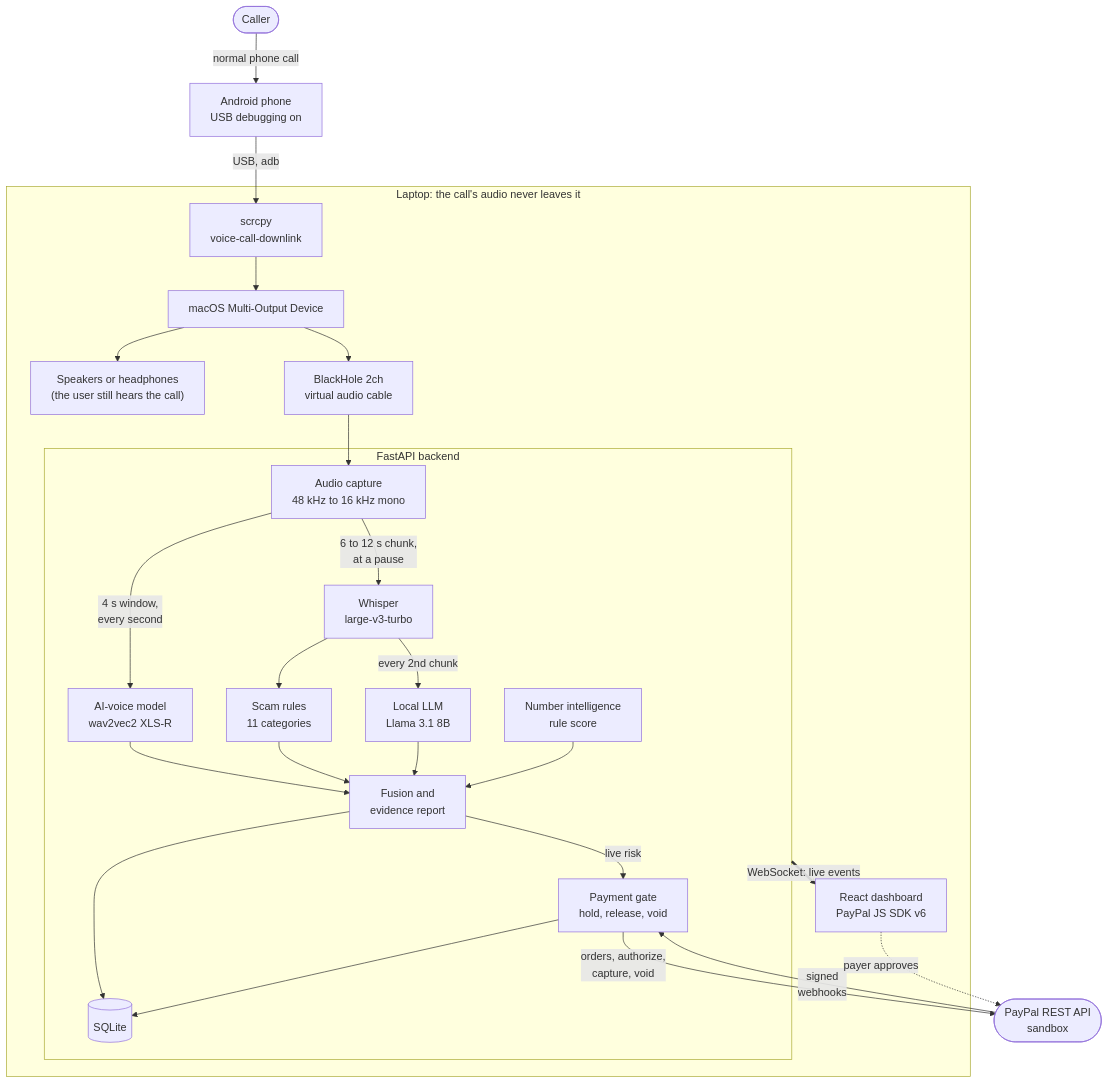
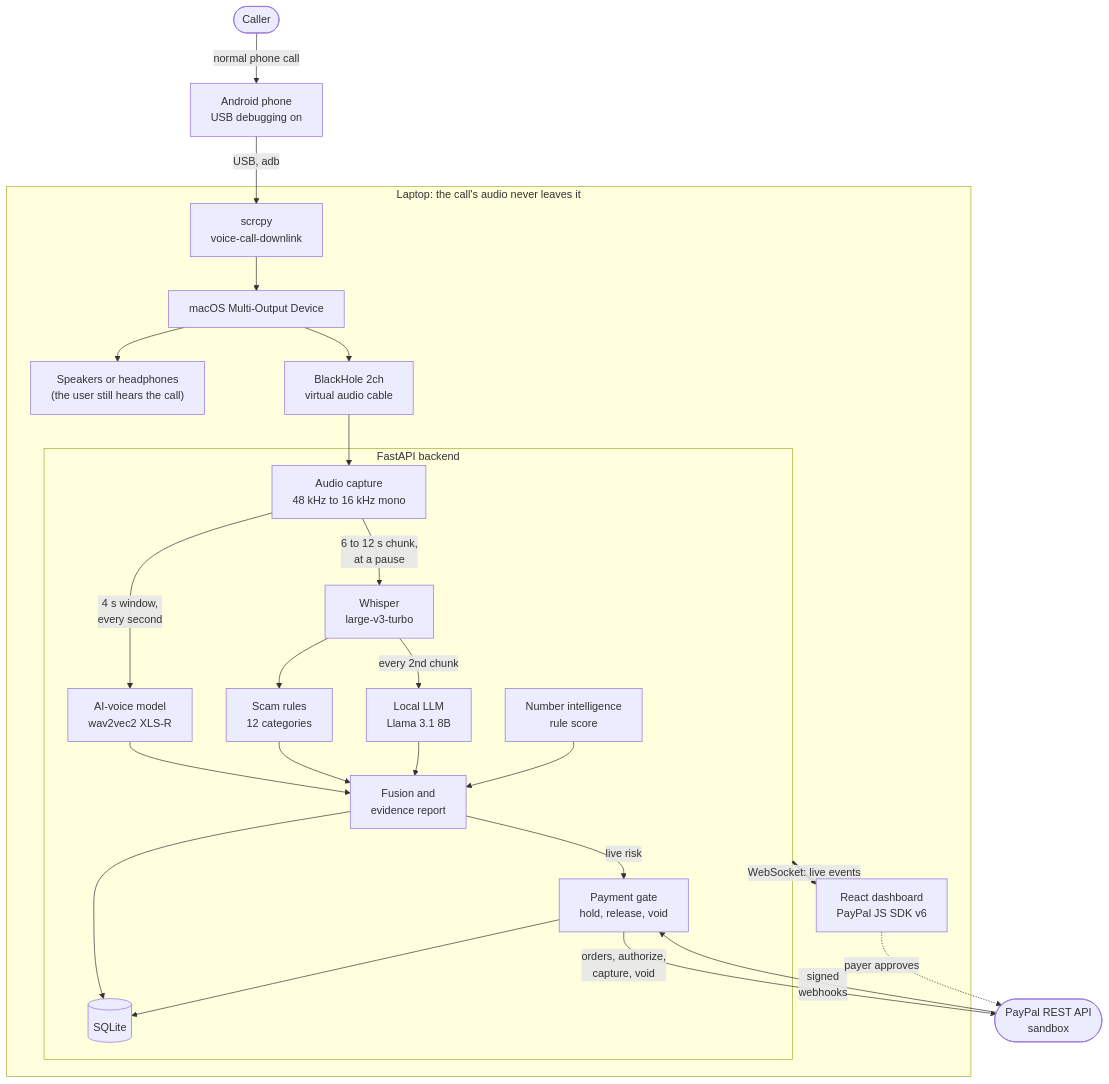
One commit to YADUNANDAN-SINGH/Veracity changed the third of 11 diagrams in README.md. Above: the diagram before and after it, drawn with Mermaid. The commit also changed other lines of this file and 10 other files, not shown here.

````diff
--- a/README.md
+++ b/README.md
@@ -197,34 +197,34 @@
 ```mermaid
 flowchart TB
     CALLER(["Caller"]) -- "normal phone call" --> PHONE["Android phone<br/>USB debugging on"]
     PHONE -- "USB, adb" --> SCRCPY["scrcpy<br/>voice-call-downlink"]
 
     subgraph LAPTOP["Laptop: the call's audio never leaves it"]
         SCRCPY --> MOD["macOS Multi-Output Device"]
         MOD --> SPK["Speakers or headphones<br/>(the user still hears the call)"]
         MOD --> BH["BlackHole 2ch<br/>virtual audio cable"]
 
         subgraph BACKEND["FastAPI backend"]
             CAP["Audio capture<br/>48 kHz to 16 kHz mono"]
             CAP -- "4 s window,<br/>every second" --> VOICE["AI-voice model<br/>wav2vec2 XLS-R"]
             CAP -- "6 to 12 s chunk,<br/>at a pause" --> STT["Whisper<br/>large-v3-turbo"]
-            STT --> RULES["Scam rules<br/>11 categories"]
+            STT --> RULES["Scam rules<br/>12 categories"]
             STT -- "every 2nd chunk" --> LLM["Local LLM<br/>Llama 3.1 8B"]
             NUM["Number intelligence<br/>rule score"]
             VOICE --> FUSE["Fusion and<br/>evidence report"]
             RULES --> FUSE
             LLM --> FUSE
             NUM --> FUSE
             FUSE --> DB[("SQLite")]
             FUSE -- "live risk" --> GATE["Payment gate<br/>hold, release, void"]
             GATE --> DB
         end
 
         BH --> CAP
         BACKEND == "WebSocket: live events" ==> UI["React dashboard<br/>PayPal JS SDK v6"]
     end
 
     GATE -- "orders, authorize,<br/>capture, void" --> PAYPAL(["PayPal REST API<br/>sandbox"])
     PAYPAL -- "signed<br/>webhooks" --> GATE
     UI -. "payer approves" .-> PAYPAL
 ```
````
